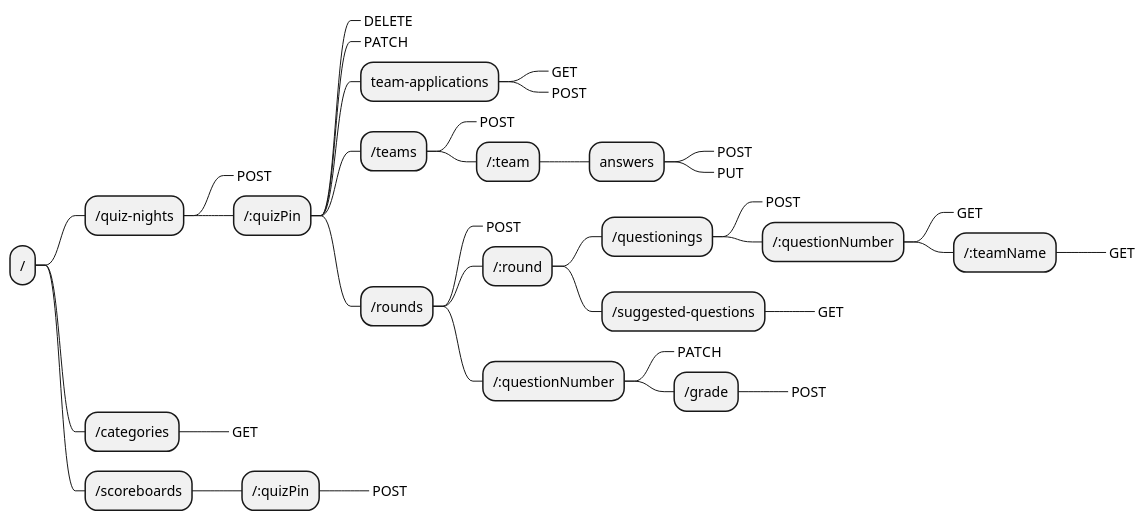
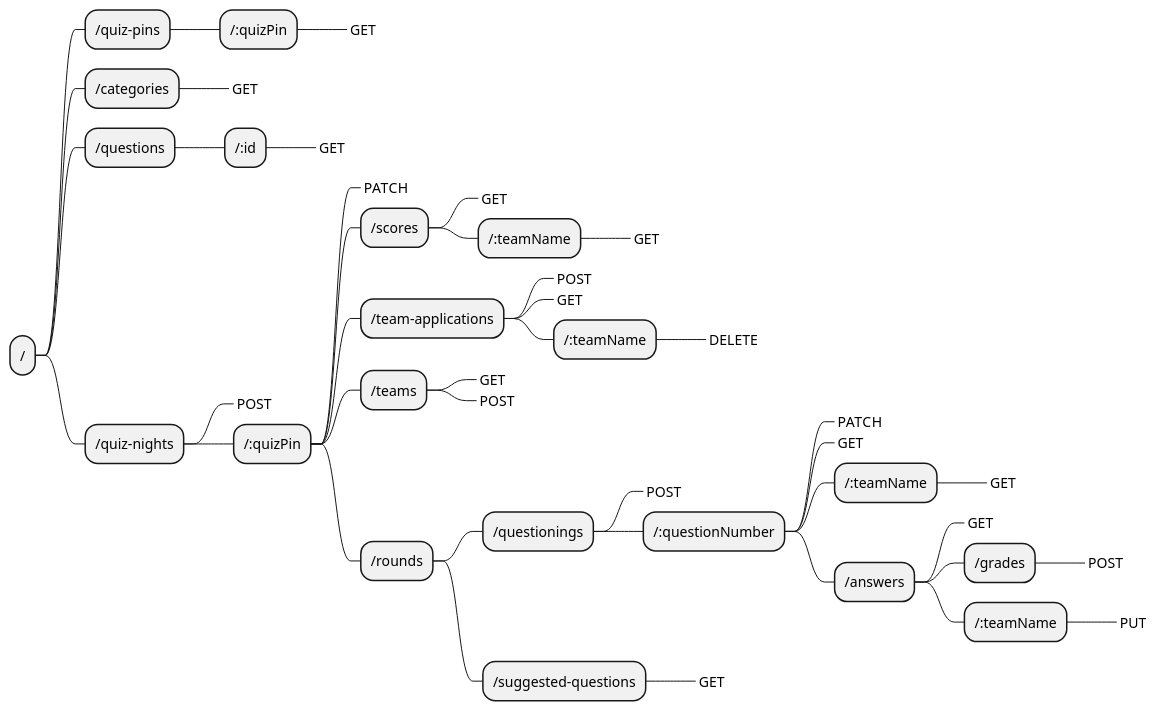
Before and after one commit to TomVermeer/dwaquiz: the diagram in docs/apiDocs.md, drawn with PlantUML. The commit also changed other lines of this file, not shown here.

````diff
--- a/docs/apiDocs.md
+++ b/docs/apiDocs.md
@@ -22,39 +22,45 @@
 ```puml
 @startmindmap
 * /
+ * /quiz-pins
+  * /:quizPin
+   *_ GET
+ * /categories
+  *_ GET
+ * /questions
+  * /:id
+   *_ GET
  * /quiz-nights
   *_ POST
   * /:quizPin
-   *_ DELETE
    *_ PATCH
-   * team-applications
+   * /scores
+    *_ GET
+    * /:teamName
+     *_ GET
+   * /team-applications
+    *_ POST
+    *_ GET
+    * /:teamName
+     *_ DELETE
+   * /teams
     *_ GET
     *_ POST
-   * /teams
-    *_ POST
-    * /:team
-     * answers
-      *_ POST
-      *_ PUT
    * /rounds
-    *_ POST
-    * /:round
-     * /questionings
-      *_ POST
-      * /:questionNumber
+    * /questionings
+     *_ POST
+     * /:questionNumber
+      *_ PATCH
+      *_ GET
+      * /:teamName
        *_ GET
+      * /answers
+       *_ GET
+       * /grades
+        *_ POST
        * /:teamName
-        *_ GET
-     * /suggested-questions
-      *_ GET
-    * /:questionNumber
-     *_ PATCH
-     * /grade
-      *_ POST
- * /categories
-  *_ GET
- * /scoreboards
-  * /:quizPin
-   *_ POST
+        *_ PUT
+    * /suggested-questions
+     *_ GET
 @endmindmap
 ```
````
